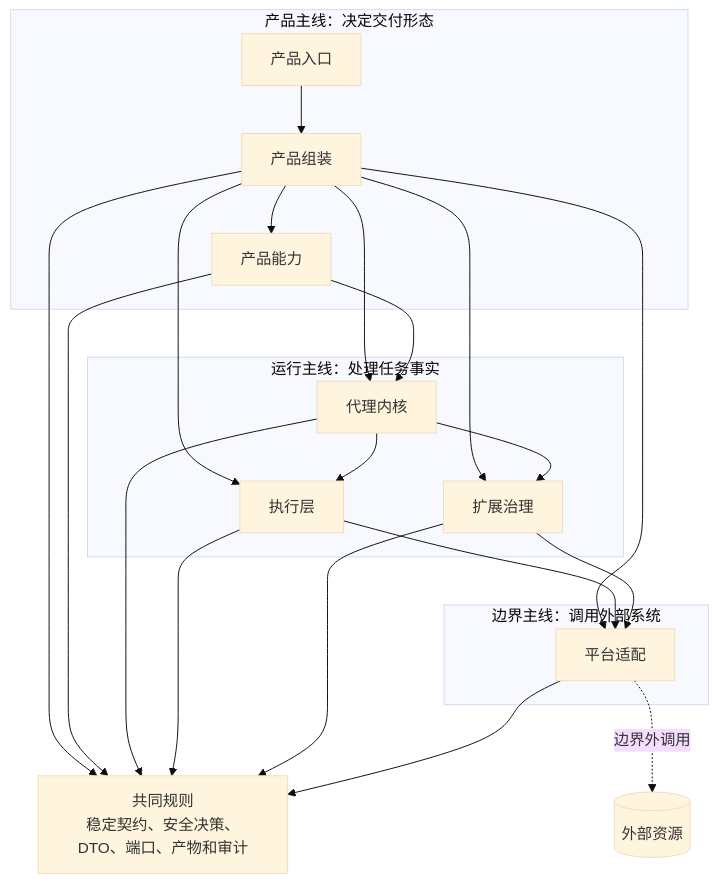
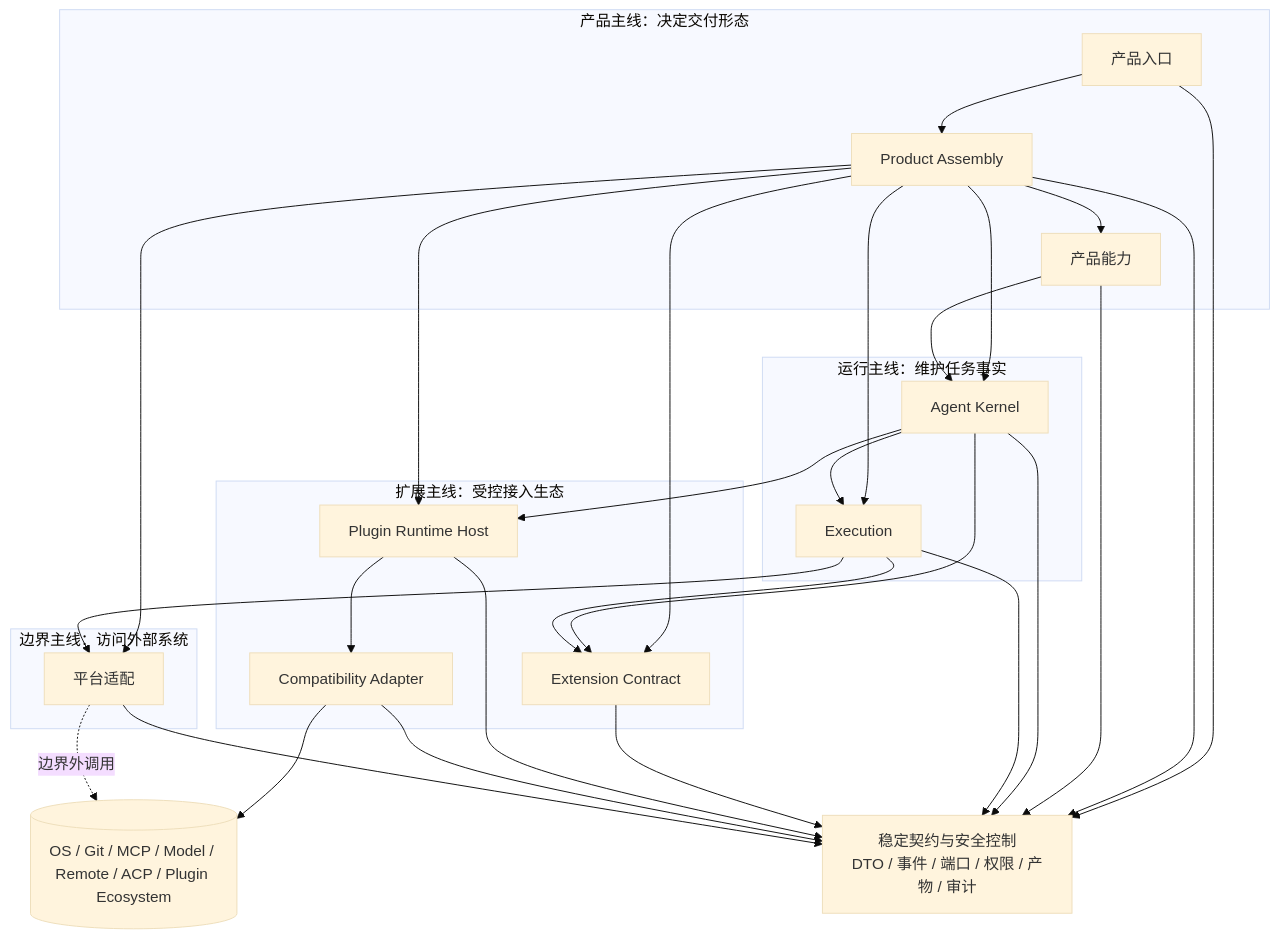
One commit to 1688mengdie/BitFun changed the diagram in docs/architecture/product-architecture.md. Above: the diagram before and after it, drawn with Mermaid (base theme). The commit also changed other lines of this file and 2 other files, not shown here.

Commit message:
docs(architecture): clarify plugin runtime P0 plan

````diff
--- a/docs/architecture/product-architecture.md
+++ b/docs/architecture/product-architecture.md
@@ -30,41 +62,52 @@
 ```mermaid
 flowchart TB
   subgraph Product["产品主线：决定交付形态"]
     Surface["产品入口"]
-    Assembly["产品组装"]
-    Capability["产品能力"]
+    Assembly["Product Assembly"]
+    Feature["产品能力"]
   end
 
-  subgraph Runtime["运行主线：处理任务事实"]
-    Kernel["代理内核"]
-    Execution["执行层"]
-    Extension["扩展治理"]
+  subgraph Runtime["运行主线：维护任务事实"]
+    Kernel["Agent Kernel"]
+    Execution["Execution"]
   end
 
-  Guard["共同规则\n稳定契约、安全决策、DTO、端口、产物和审计"]
-
-  subgraph Boundary["边界主线：调用外部系统"]
-    Adapter["平台适配"]
+  subgraph Extension["扩展主线：受控接入生态"]
+    ExtContract["Extension Contract"]
+    PluginHost["Plugin Runtime Host"]
+    AdapterBridge["Compatibility Adapter"]
   end
 
-  External[("外部资源")]
+  subgraph Boundary["边界主线：访问外部系统"]
+    Platform["平台适配"]
+  end
+
+  Contract["稳定契约与安全控制\nDTO / 事件 / 端口 / 权限 / 产物 / 审计"]
+  External[("OS / Git / MCP / Model / Remote / ACP / Plugin Ecosystem")]
 
   Surface --> Assembly
-  Assembly --> Capability
+  Assembly --> Feature
   Assembly --> Kernel
   Assembly --> Execution
-  Assembly --> Extension
-  Assembly --> Adapter
-  Capability --> Kernel
+  Assembly --> ExtContract
+  Assembly --> PluginHost
+  Assembly --> Platform
+  Feature --> Kernel
   Kernel --> Execution
-  Kernel --> Extension
-  Execution --> Adapter
-  Extension --> Adapter
-  Assembly --> Guard
-  Capability --> Guard
-  Kernel --> Guard
-  Execution --> Guard
-  Extension --> Guard
-  Adapter --> Guard
-  Adapter -. "边界外调用" .-> External
+  Kernel --> ExtContract
+  Kernel --> PluginHost
+  Execution --> Platform
+  Execution --> ExtContract
+  PluginHost --> AdapterBridge
+  AdapterBridge --> External
+  Platform -. "边界外调用" .-> External
+  Surface --> Contract
+  Assembly --> Contract
+  Feature --> Contract
+  Kernel --> Contract
+  Execution --> Contract
+  ExtContract --> Contract
+  PluginHost --> Contract
+  AdapterBridge --> Contract
+  Platform --> Contract
 ```
````
